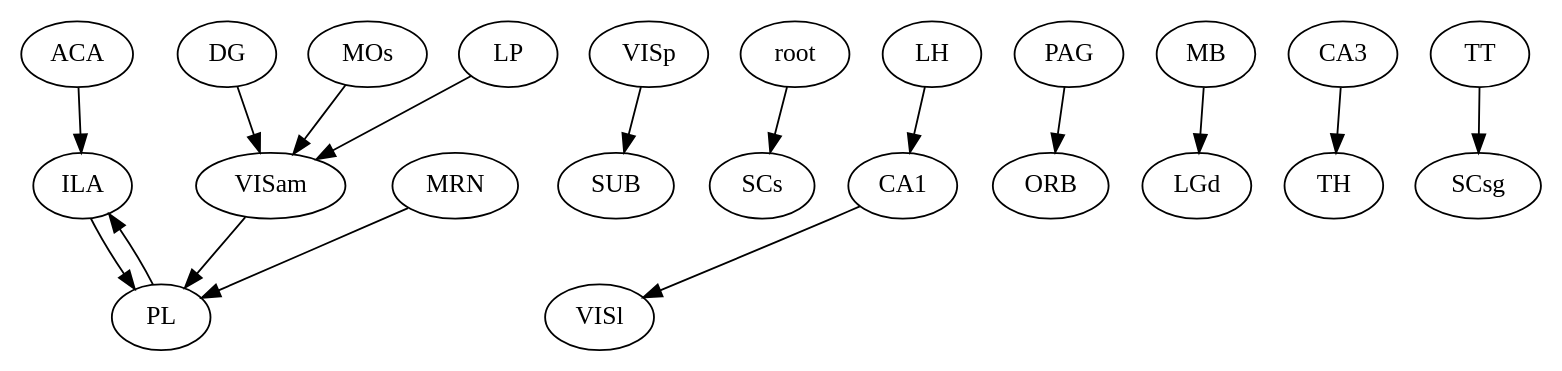
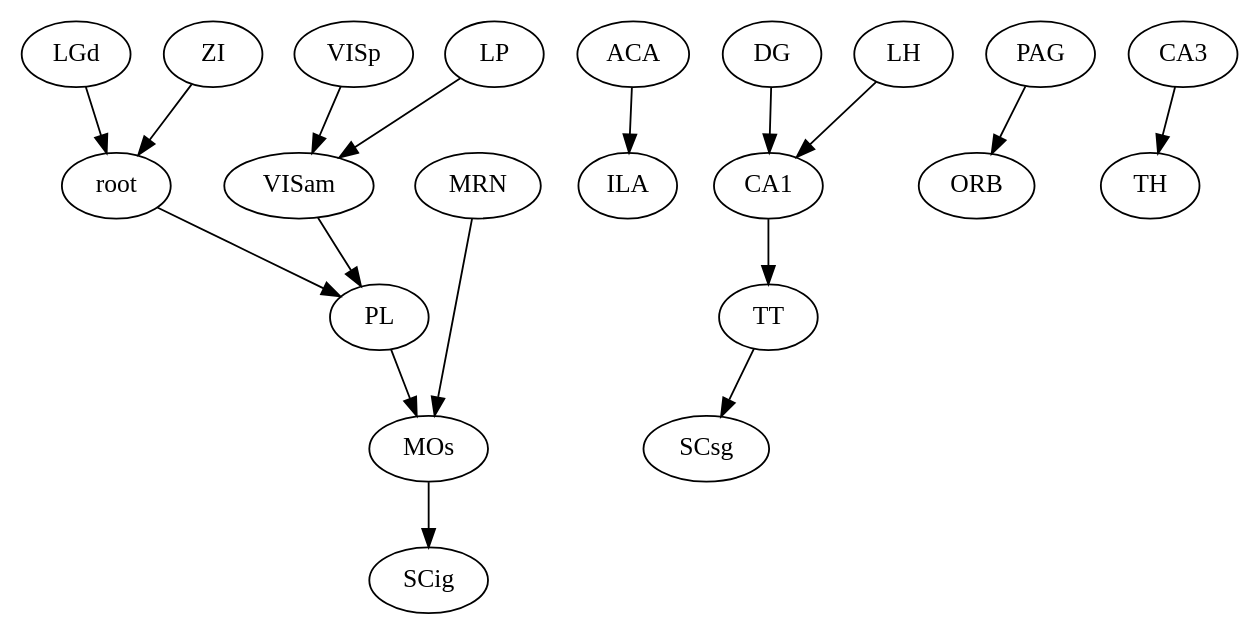
The diagram in final_visual/iu.dot (maryiii/FYI), drawn with Graphviz before and after one commit. The commit also changed 137 other files, not shown here.

```diff
--- a/final_visual/iu.dot
+++ b/final_visual/iu.dot
@@ -1,41 +1,39 @@
 strict digraph  {
-ACA;
-VISp;
-DG;
+MOs [region="non-visual cortex"];
+ACA [region="non-visual cortex"];
+VISp [region="visual cortex"];
+DG [region=hippocampal];
 root;
-PL;
-CA1;
-VISam;
-LH;
-MOs;
-MRN;
-PAG;
-MB;
-CA3;
-LP;
+LGd [region=thalamus];
+PL [region="non-visual cortex"];
+CA1 [region=hippocampal];
+VISam [region="visual cortex"];
+LH [region=thalamus];
+ZI [region=midbrain];
+MRN [region=midbrain];
+PAG [region=midbrain];
+CA3 [region=hippocampal];
+LP [region=thalamus];
 TT;
-ILA;
-SUB;
-SCs;
-VISl;
-ORB;
-LGd;
-TH;
-SCsg;
-ACA -> ILA  [weight="0.0021912167069398783"];
-VISp -> SUB  [weight="0.038716096526833645"];
-DG -> VISam  [weight="0.009935657803222836"];
-root -> SCs  [weight="0.02733275930347107"];
-PL -> ILA  [weight="0.020379129674229172"];
-CA1 -> VISl  [weight="0.0008628041700252201"];
-VISam -> PL  [weight="0.002587842240811533"];
-LH -> CA1  [weight="0.03998555289366874"];
-MOs -> VISam  [weight="0.04473188031519169"];
-MRN -> PL  [weight="0.04058760797289503"];
-PAG -> ORB  [weight="0.04756305160254211"];
-MB -> LGd  [weight="0.02500135885161374"];
-CA3 -> TH  [weight="0.03739893221374592"];
-LP -> VISam  [weight="0.04907045035369624"];
-TT -> SCsg  [weight="0.048274460050233996"];
-ILA -> PL  [weight="0.025630872765637015"];
+SCig [region=midbrain];
+ILA [region="non-visual cortex"];
+ORB [region="non-visual cortex"];
+TH [region=thalamus];
+SCsg [region=midbrain];
+MOs -> SCig  [weight="-7.6851756333840076"];
+ACA -> ILA  [weight="-67.08260081427058"];
+VISp -> VISam  [weight="-8.58924001826542"];
+DG -> CA1  [weight="-2.410275338333957"];
+root -> PL  [weight="-3.558449938775524"];
+LGd -> root  [weight="-2.5509255236472392"];
+PL -> MOs  [weight="-2.7839968177932355"];
+CA1 -> TT  [weight="6.351539829078356"];
+VISam -> PL  [weight="-5.225898370291894"];
+LH -> CA1  [weight="-9.485481207431743"];
+ZI -> root  [weight="-2.9583568183946483"];
+MRN -> MOs  [weight="-3.4895931055983094"];
+PAG -> ORB  [weight="-4.067662667016428"];
+CA3 -> TH  [weight="-2.7624160715672477"];
+LP -> VISam  [weight="-2.4056493036837536"];
+TT -> SCsg  [weight="-4.6104397594516024"];
 }
```
